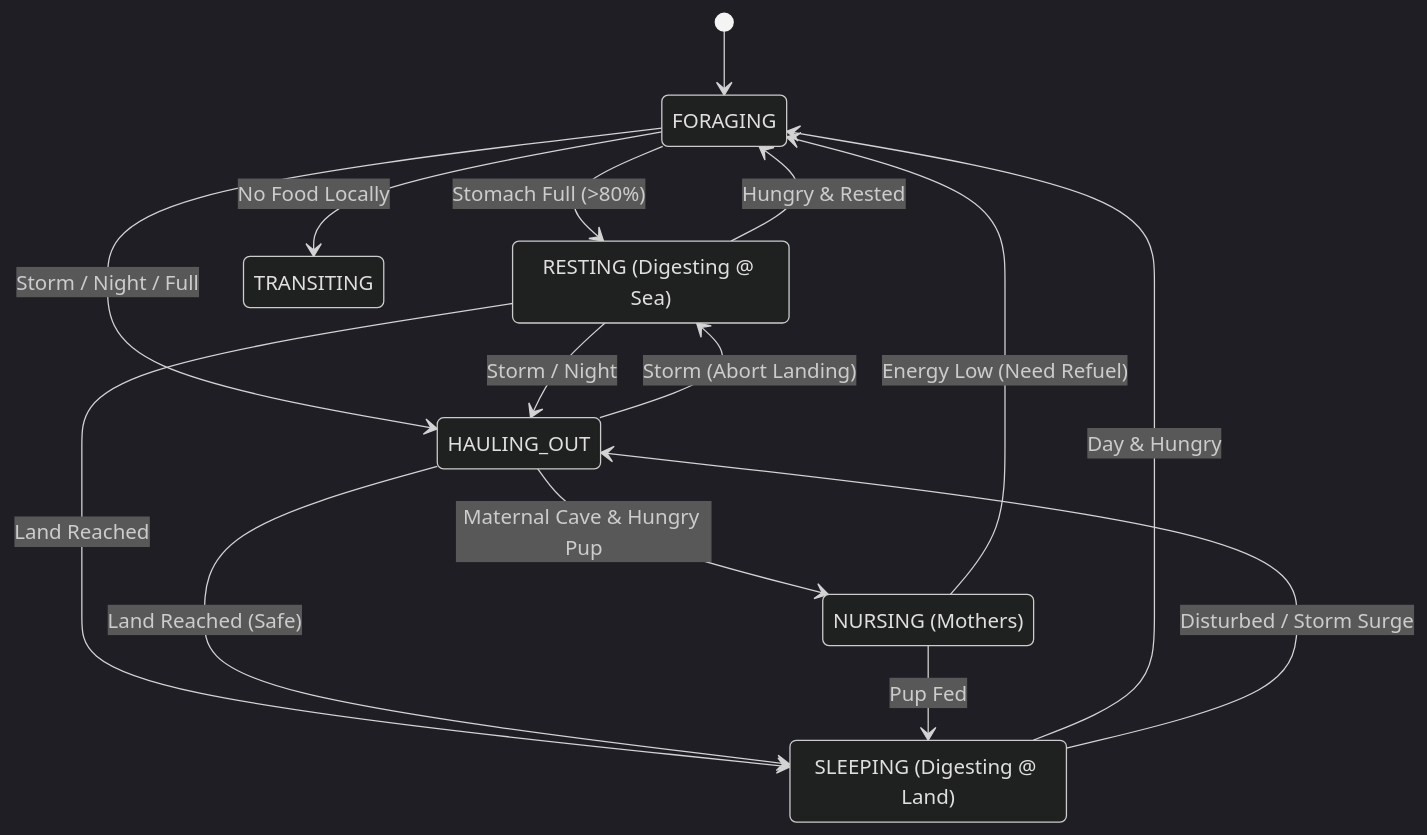
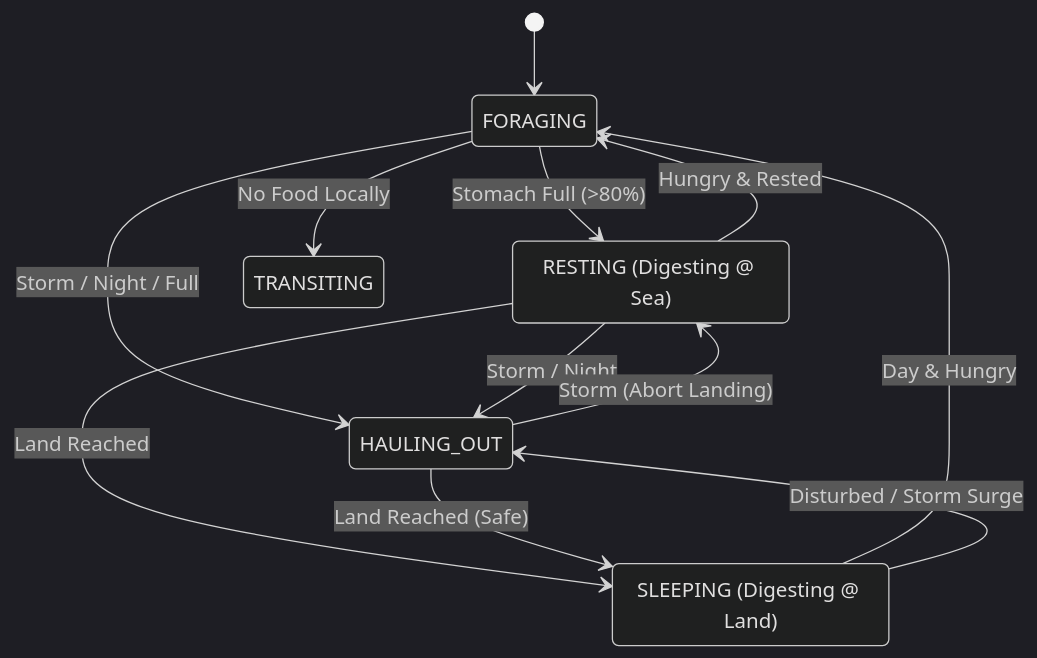
Before and after one commit to alex-kolmakov/monk-seal-modelling: the diagram in docs/seal_agent_documentation.md, drawn with Mermaid (dark theme). The commit also changed other lines of this file, not shown here.

````diff
--- a/docs/seal_agent_documentation.md
+++ b/docs/seal_agent_documentation.md
@@ -9,29 +9,24 @@
 ```mermaid
 stateDiagram-v2
     [*] --> FORAGING
 
     state "FORAGING" as FORAGING
     state "RESTING (Digesting @ Sea)" as RESTING
     state "SLEEPING (Digesting @ Land)" as SLEEPING
     state "HAULING_OUT" as HAULING_OUT
     state "TRANSITING" as TRANSITING
-    state "NURSING (Mothers)" as NURSING
 
     FORAGING --> RESTING : Stomach Full (>80%)
     FORAGING --> HAULING_OUT : Storm / Night / Full
     FORAGING --> TRANSITING : No Food Locally
 
     RESTING --> FORAGING : Hungry & Rested
     RESTING --> HAULING_OUT : Storm / Night
     RESTING --> SLEEPING : Land Reached
 
     HAULING_OUT --> SLEEPING : Land Reached (Safe)
     HAULING_OUT --> RESTING : Storm (Abort Landing)
-    HAULING_OUT --> NURSING : Maternal Cave & Hungry Pup
 
     SLEEPING --> FORAGING : Day & Hungry
     SLEEPING --> HAULING_OUT : Disturbed / Storm Surge
-
-    NURSING --> FORAGING : Energy Low (Need Refuel)
-    NURSING --> SLEEPING : Pup Fed
 ```
````
